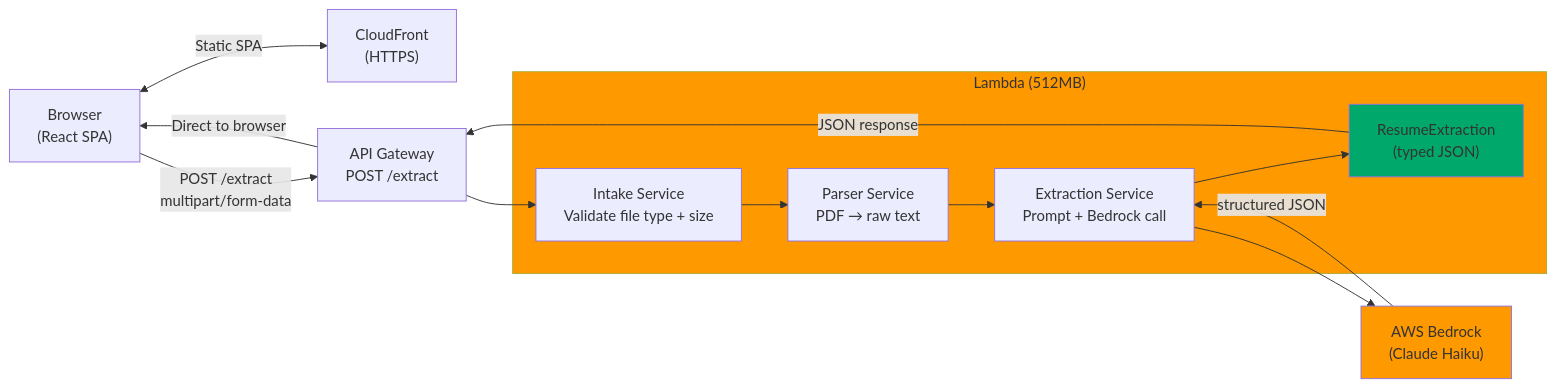
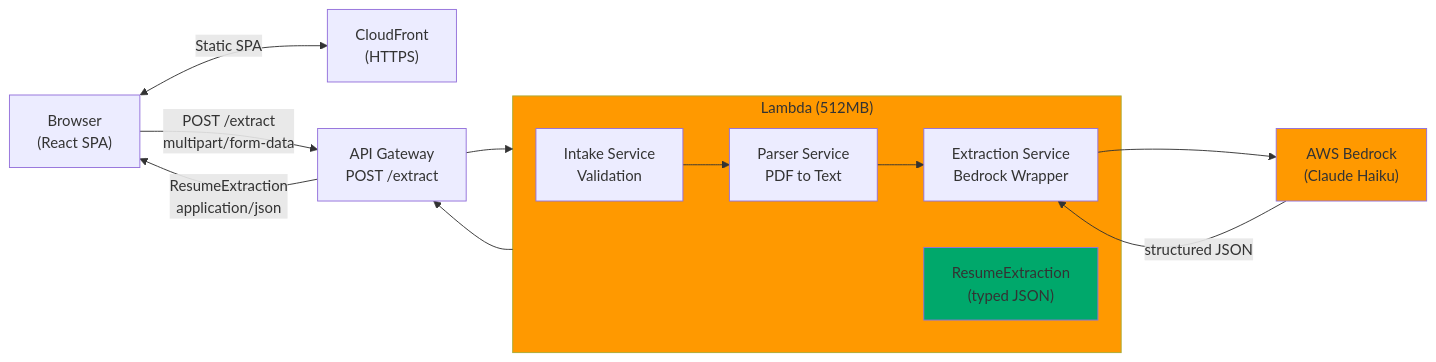
Before and after one commit to mwarman/resume-lens: the diagram in README.md, drawn with Mermaid.

Commit message:
docs: update architecture diagram in README.md to enhance clarity of service roles and data flow

````diff
--- a/README.md
+++ b/README.md
@@ -28,29 +28,28 @@
 ```mermaid
 graph LR
     Browser["Browser<br/>(React SPA)"]
     CF["CloudFront<br/>(HTTPS)"]
     APIGW["API Gateway<br/>POST /extract"]
     Bedrock["AWS Bedrock<br/>(Claude Haiku)"]
 
     subgraph Lambda["Lambda (512MB)"]
-        Intake["Intake Service<br/>Validate file type + size"]
-        Parser["Parser Service<br/>PDF → raw text"]
-        Extraction["Extraction Service<br/>Prompt + Bedrock call"]
+        Intake["Intake Service<br/>Validation"]
+        Parser["Parser Service<br/>PDF to Text"]
+        Extraction["Extraction Service<br/>Bedrock Wrapper"]
         Result["ResumeExtraction<br/>(typed JSON)"]
     end
 
     Browser <-->|Static SPA| CF
     Browser -->|POST /extract<br/>multipart/form-data| APIGW
-    APIGW --> Intake
+    APIGW --> Lambda
     Intake --> Parser
     Parser --> Extraction
     Extraction --> Bedrock
     Bedrock -->|structured JSON| Extraction
-    Extraction --> Result
-    Result -->|JSON response| APIGW
-    APIGW -->|Direct to browser| Browser
+    Lambda --> APIGW
+    APIGW -->|ResumeExtraction<br/>application/json| Browser
 
     style Bedrock fill:#ff9900
     style Lambda fill:#ff9900
     style Result fill:#00a86b
 ```
````
